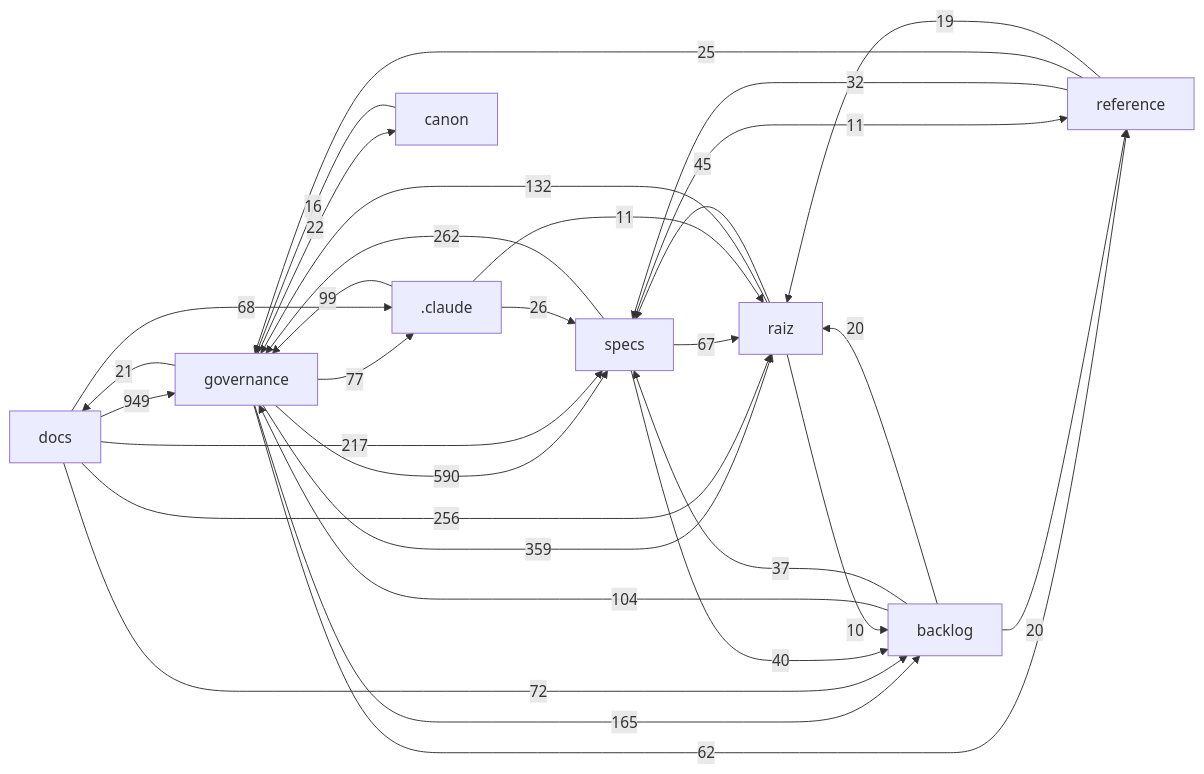
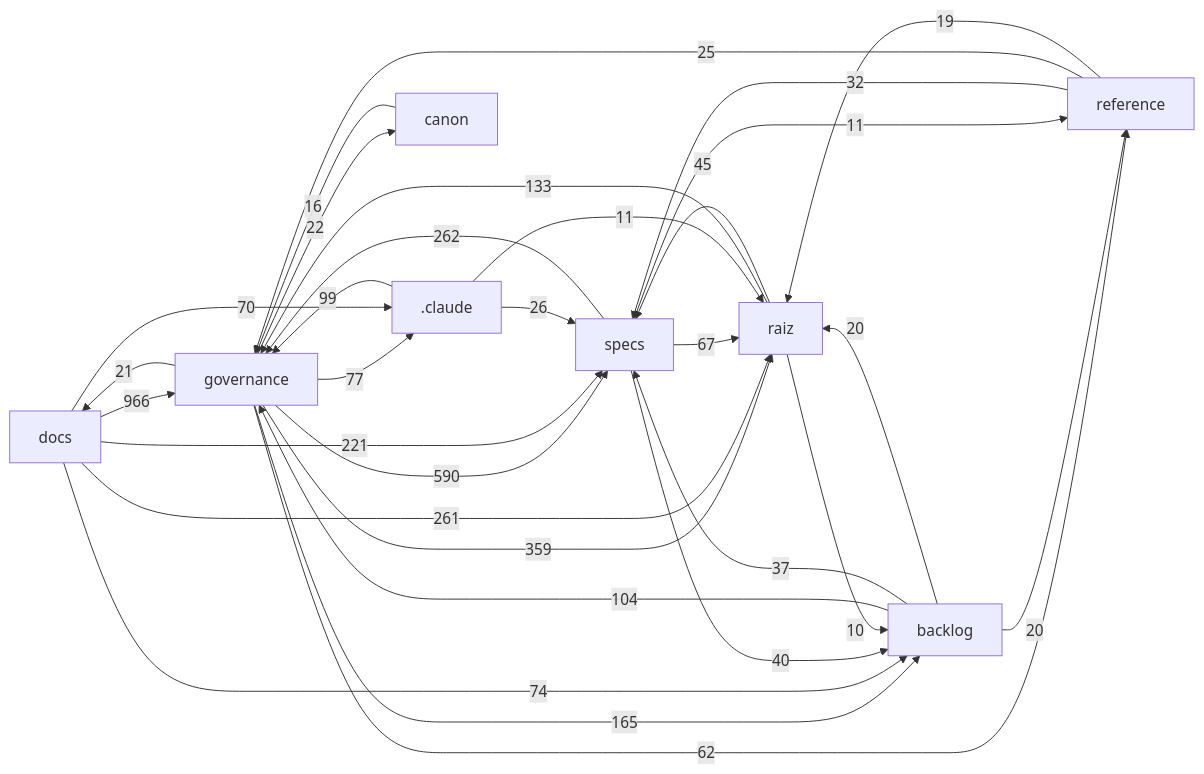
The diagram in docs/mapa/MAPA-PROJETO.md (Andraus35/Sistema-Operacional-de-Trading--SOT), drawn with Mermaid before and after one commit. The commit also changed other lines of this file and 3 other files, not shown here.

````diff
--- a/docs/mapa/MAPA-PROJETO.md
+++ b/docs/mapa/MAPA-PROJETO.md
@@ -29,33 +29,33 @@
 ```mermaid
 flowchart LR
-  docs["docs"] -->|949| governance["governance"]
+  docs["docs"] -->|966| governance["governance"]
   governance["governance"] -->|590| specs["specs"]
   governance["governance"] -->|359| raiz["raiz"]
   specs["specs"] -->|262| governance["governance"]
-  docs["docs"] -->|256| raiz["raiz"]
-  docs["docs"] -->|217| specs["specs"]
+  docs["docs"] -->|261| raiz["raiz"]
+  docs["docs"] -->|221| specs["specs"]
   governance["governance"] -->|165| backlog["backlog"]
-  raiz["raiz"] -->|132| governance["governance"]
+  raiz["raiz"] -->|133| governance["governance"]
   backlog["backlog"] -->|104| governance["governance"]
   _claude[".claude"] -->|99| governance["governance"]
   governance["governance"] -->|77| _claude[".claude"]
-  docs["docs"] -->|72| backlog["backlog"]
-  docs["docs"] -->|68| _claude[".claude"]
+  docs["docs"] -->|74| backlog["backlog"]
+  docs["docs"] -->|70| _claude[".claude"]
   specs["specs"] -->|67| raiz["raiz"]
   governance["governance"] -->|62| reference["reference"]
   raiz["raiz"] -->|45| specs["specs"]
   specs["specs"] -->|40| backlog["backlog"]
   backlog["backlog"] -->|37| specs["specs"]
   reference["reference"] -->|32| specs["specs"]
   _claude[".claude"] -->|26| specs["specs"]
   reference["reference"] -->|25| governance["governance"]
   governance["governance"] -->|22| canon["canon"]
   governance["governance"] -->|21| docs["docs"]
   backlog["backlog"] -->|20| raiz["raiz"]
   backlog["backlog"] -->|20| reference["reference"]
   reference["reference"] -->|19| raiz["raiz"]
   canon["canon"] -->|16| governance["governance"]
   _claude[".claude"] -->|11| raiz["raiz"]
   specs["specs"] -->|11| reference["reference"]
   raiz["raiz"] -->|10| backlog["backlog"]
 ```
````
